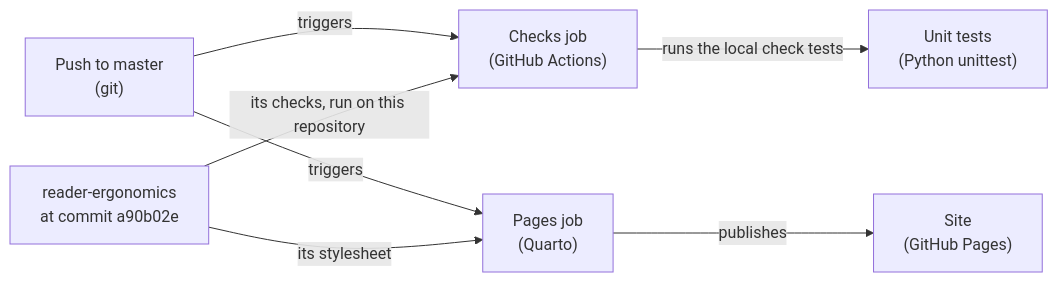
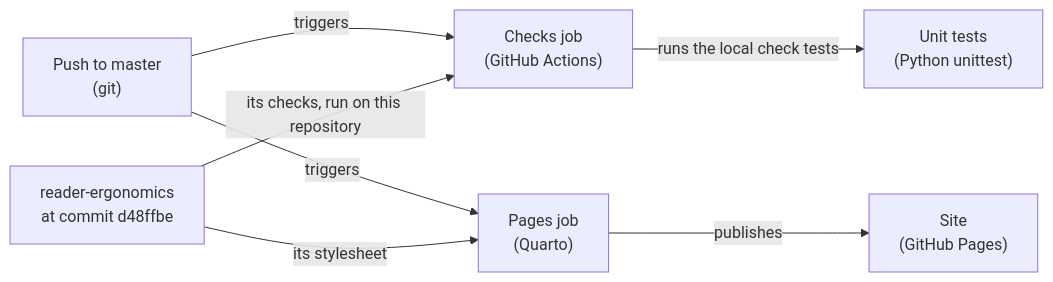
The diagram in shapes/system-diagram.md (Tewf/reader-ergonomics-software-design), drawn with Mermaid before and after one commit. The commit also changed other lines of this file and 27 other files, not shown here.

First line of the commit message:
Move to reader-ergonomics v1.4.3

````diff
--- a/shapes/system-diagram.md
+++ b/shapes/system-diagram.md
@@ -80,9 +80,9 @@
 ```mermaid
 flowchart LR
     push["Push to master<br/>(git)"] -->|"triggers"| checks["Checks job<br/>(GitHub Actions)"]
-    standard["reader-ergonomics<br/>at commit a90b02e"] -->|"its checks, run on this repository"| checks
+    standard["reader-ergonomics<br/>at commit d48ffbe"] -->|"its checks, run on this repository"| checks
     checks -->|"runs the local check tests"| tests["Unit tests<br/>(Python unittest)"]
     push -->|"triggers"| pages["Pages job<br/>(Quarto)"]
     standard -->|"its stylesheet"| pages
     pages -->|"publishes"| site["Site<br/>(GitHub Pages)"]
 ```
````
